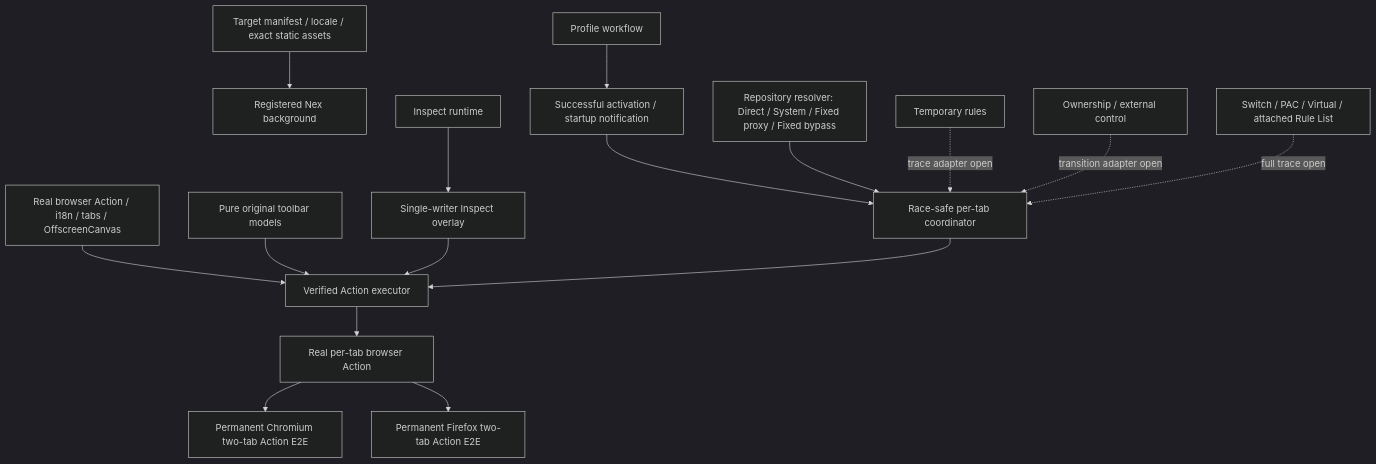
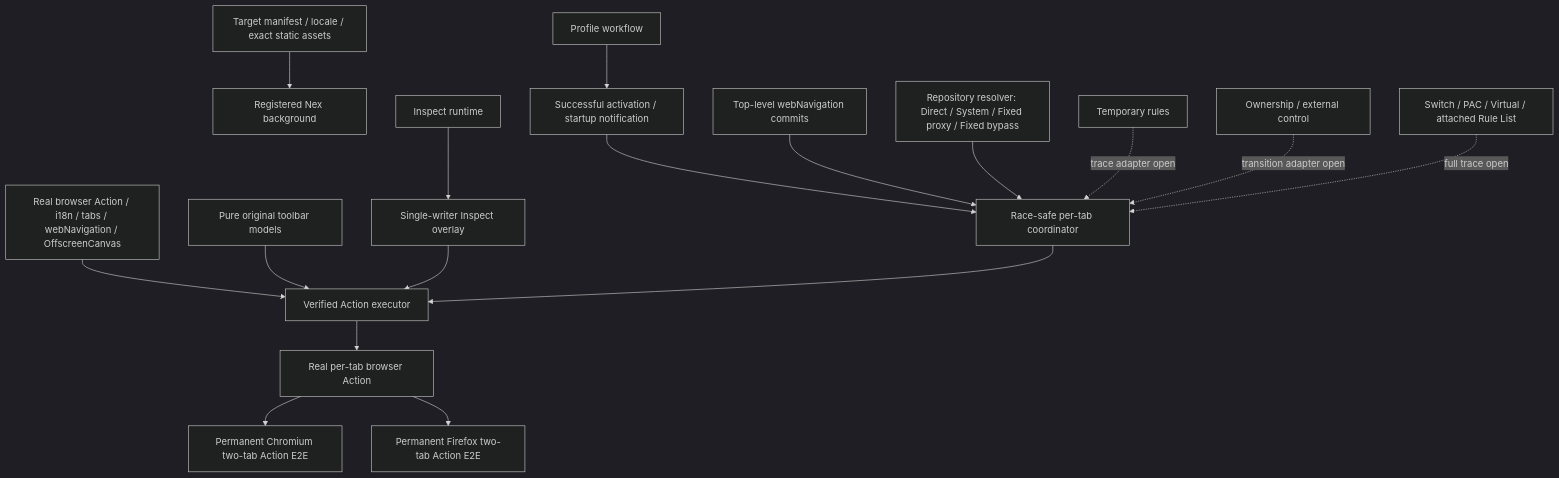
Before and after one commit to ChriX-Goh/ZeroOmega-Nex: the second of 2 diagrams in docs/DELIVERY_ORDER_01_TOOLBAR_STATE.md, drawn with Mermaid (dark theme). The commit also changed other lines of this file and 5 other files, not shown here.

````diff
--- a/docs/DELIVERY_ORDER_01_TOOLBAR_STATE.md
+++ b/docs/DELIVERY_ORDER_01_TOOLBAR_STATE.md
@@ -145,18 +147,19 @@
 ```mermaid
 graph TD
   M[Target manifest / locale / exact static assets] --> B[Registered Nex background]
-  API[Real browser Action / i18n / tabs / OffscreenCanvas] --> EXEC[Verified Action executor]
+  API[Real browser Action / i18n / tabs / webNavigation / OffscreenCanvas] --> EXEC[Verified Action executor]
   PURE[Pure original toolbar models] --> EXEC
   WF[Profile workflow] --> NOTICE[Successful activation / startup notification]
   NOTICE --> COORD[Race-safe per-tab coordinator]
+  NAV[Top-level webNavigation commits] --> COORD
   RES[Repository resolver: Direct / System / Fixed proxy / Fixed bypass] --> COORD
   INSPECT[Inspect runtime] --> OVERLAY[Single-writer Inspect overlay]
   OVERLAY --> EXEC
   COORD --> EXEC
   EXEC --> ACTION[Real per-tab browser Action]
   ACTION --> CHROME[Permanent Chromium two-tab Action E2E]
   ACTION --> FIREFOX[Permanent Firefox two-tab Action E2E]
   TEMP[Temporary rules] -. trace adapter open .-> COORD
   OWN[Ownership / external control] -. transition adapter open .-> COORD
   INCLUSIVE[Switch / PAC / Virtual / attached Rule List] -. full trace open .-> COORD
 ```
````
